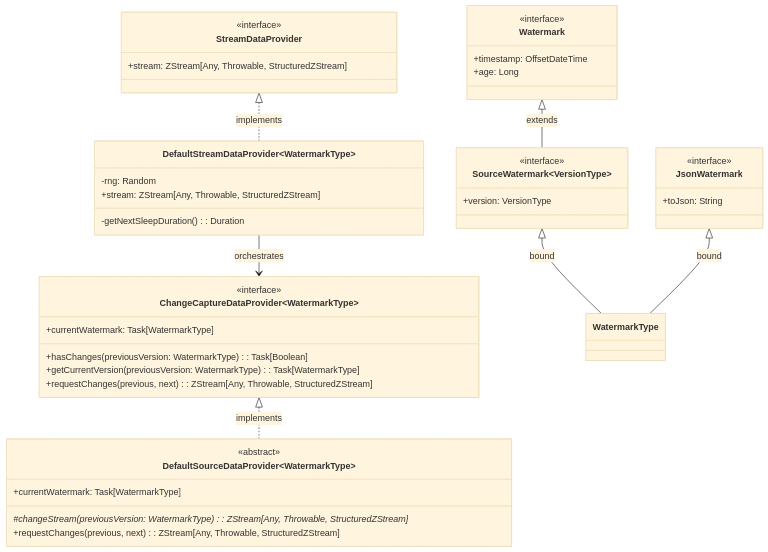
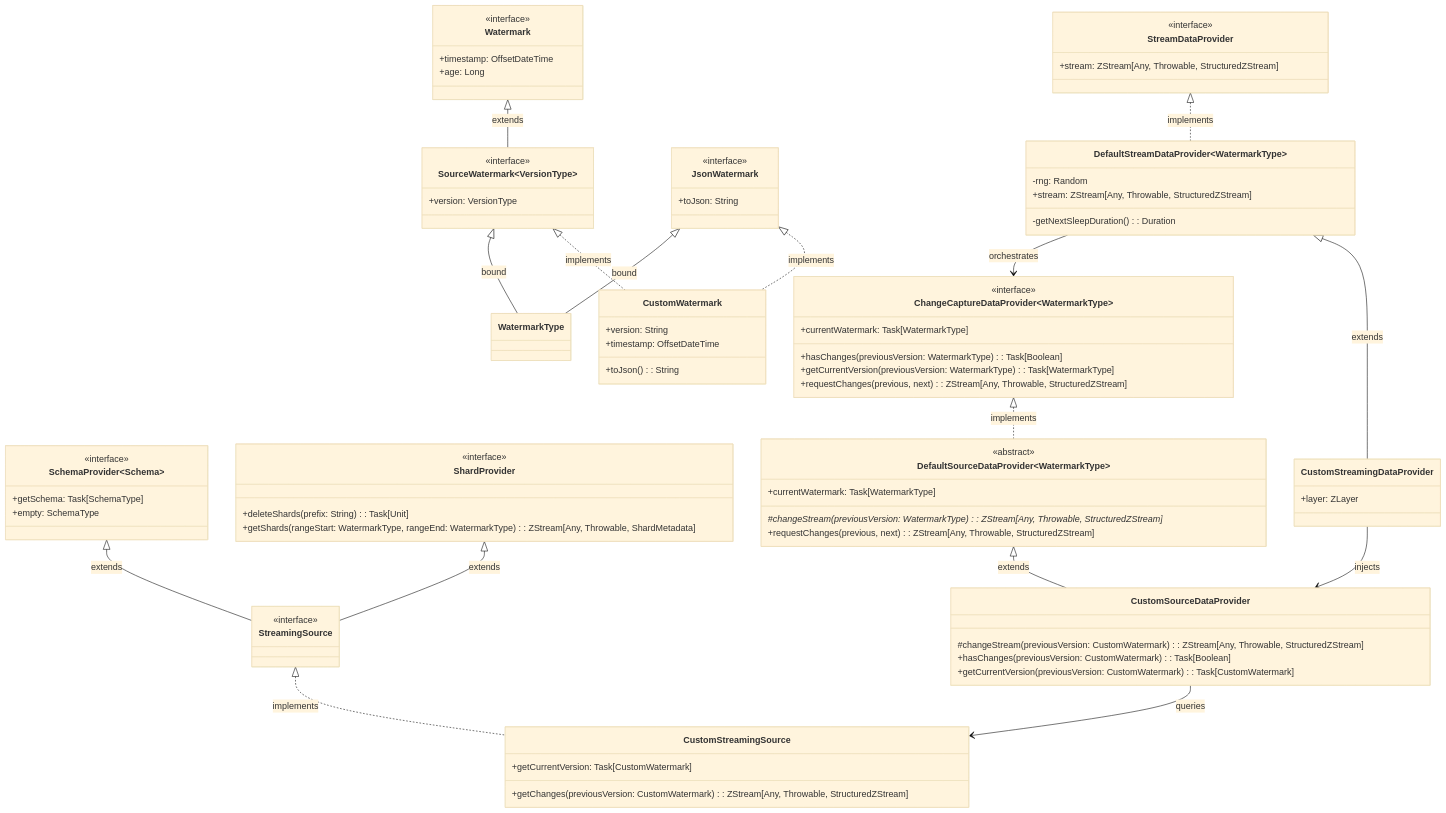
Before and after one commit to SneaksAndData/arcane-framework-scala: the diagram in docs/class_diagram.md, drawn with Mermaid (base theme).

Commit message:
add missing counter

````diff
--- a/docs/class_diagram.md
+++ b/docs/class_diagram.md
@@ -30,6 +30,22 @@
         +toJson: String
     }
 
+    class SchemaProvider~Schema~ {
+        <<interface>>
+        +getSchema: Task[SchemaType]
+        +empty: SchemaType
+    }
+
+    class ShardProvider {
+        <<interface>>
+        +deleteShards(prefix: String): Task[Unit]
+        +getShards(rangeStart: WatermarkType, rangeEnd: WatermarkType): ZStream[Any, Throwable, ShardMetadata]
+    }
+
+    class StreamingSource {
+        <<interface>>
+    }
+
     %% Abstract & Default Classes
     class DefaultStreamDataProvider~WatermarkType~ {
         -rng: Random
@@ -44,6 +60,28 @@
         +currentWatermark: Task[WatermarkType]
     }
 
+    %% Example Concrete Implementations
+    class CustomWatermark {
+        +version: String
+        +timestamp: OffsetDateTime
+        +toJson(): String
+    }
+
+    class CustomStreamingDataProvider {
+        +layer: ZLayer
+    }
+
+    class CustomSourceDataProvider {
+        #changeStream(previousVersion: CustomWatermark): ZStream[Any, Throwable, StructuredZStream]
+        +hasChanges(previousVersion: CustomWatermark): Task[Boolean]
+        +getCurrentVersion(previousVersion: CustomWatermark): Task[CustomWatermark]
+    }
+
+    class CustomStreamingSource {
+        +getChanges(previousVersion: CustomWatermark): ZStream[Any, Throwable, StructuredZStream]
+        +getCurrentVersion: Task[CustomWatermark]
+    }
+
     %% Relationships
     StreamDataProvider <|.. DefaultStreamDataProvider : implements
     ChangeCaptureDataProvider <|.. DefaultSourceDataProvider : implements
@@ -52,4 +90,17 @@
     Watermark <|-- SourceWatermark : extends
     SourceWatermark <|-- WatermarkType : bound
     JsonWatermark <|-- WatermarkType : bound
+
+    SchemaProvider <|-- StreamingSource : extends
+    ShardProvider <|-- StreamingSource : extends
+
+    SourceWatermark <|.. CustomWatermark : implements
+    JsonWatermark <|.. CustomWatermark : implements
+
+    DefaultStreamDataProvider <|-- CustomStreamingDataProvider : extends
+    DefaultSourceDataProvider <|-- CustomSourceDataProvider : extends
+    StreamingSource <|.. CustomStreamingSource : implements
+
+    CustomStreamingDataProvider --> CustomSourceDataProvider : injects
+    CustomSourceDataProvider --> CustomStreamingSource : queries
 ```
````
